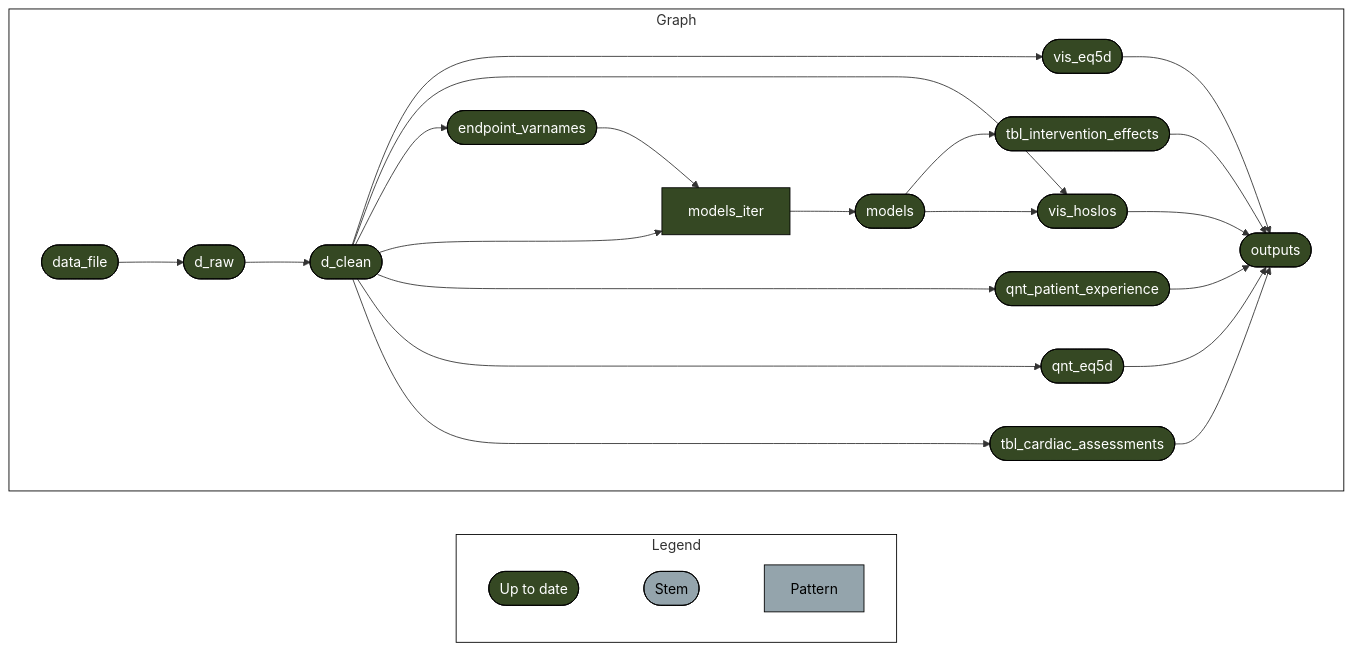
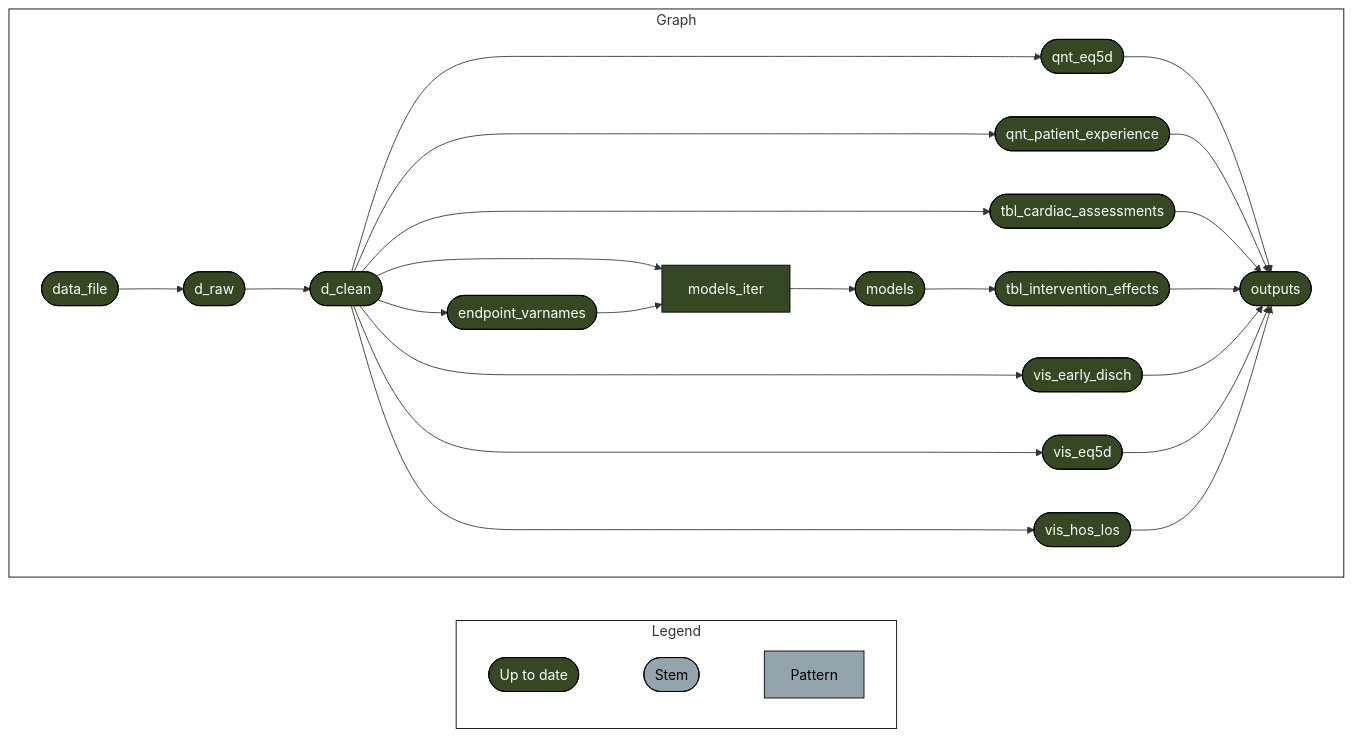
The diagram in README.md (RWParsons/lod-edt), drawn with Mermaid before and after one commit.

````diff
--- a/README.md
+++ b/README.md
@@ -18,36 +18,37 @@
 ``` mermaid
 graph LR
   style Legend fill:#FFFFFF00,stroke:#000000;
   style Graph fill:#FFFFFF00,stroke:#000000;
   subgraph Legend
     direction LR
     xf1522833a4d242c5([""Up to date""]):::uptodate --- xd03d7c7dd2ddda2b([""Stem""]):::none
     xd03d7c7dd2ddda2b([""Stem""]):::none --- x6f7e04ea3427f824[""Pattern""]:::none
   end
   subgraph Graph
     direction LR
+    x13b8365dcba4324c(["d_clean"]):::uptodate --> xba17d3f584ce63ae(["vis_early_disch"]):::uptodate
     x56afa2603fe1d037(["d_raw"]):::uptodate --> x13b8365dcba4324c(["d_clean"]):::uptodate
     x0d01c84c9424364d(["data_file"]):::uptodate --> x56afa2603fe1d037(["d_raw"]):::uptodate
     xaca4bed467a54ff1(["models"]):::uptodate --> x1b37a08095af01ef(["tbl_intervention_effects"]):::uptodate
     x13b8365dcba4324c(["d_clean"]):::uptodate --> xb59898fadcdec69f(["vis_eq5d"]):::uptodate
-    x13b8365dcba4324c(["d_clean"]):::uptodate --> x404e05b222cbda9b(["vis_hoslos"]):::uptodate
-    xaca4bed467a54ff1(["models"]):::uptodate --> x404e05b222cbda9b(["vis_hoslos"]):::uptodate
     x5ba341b1daa1fc45["models_iter"]:::uptodate --> xaca4bed467a54ff1(["models"]):::uptodate
+    x13b8365dcba4324c(["d_clean"]):::uptodate --> xc531443711f0122d(["vis_hos_los"]):::uptodate
     x7eeef084d656455c(["qnt_eq5d"]):::uptodate --> xf2656b6bb75dfabe(["outputs"]):::uptodate
     xd979d4bdf1b06554(["qnt_patient_experience"]):::uptodate --> xf2656b6bb75dfabe(["outputs"]):::uptodate
     xa2439dbf9eab4d88(["tbl_cardiac_assessments"]):::uptodate --> xf2656b6bb75dfabe(["outputs"]):::uptodate
     x1b37a08095af01ef(["tbl_intervention_effects"]):::uptodate --> xf2656b6bb75dfabe(["outputs"]):::uptodate
+    xba17d3f584ce63ae(["vis_early_disch"]):::uptodate --> xf2656b6bb75dfabe(["outputs"]):::uptodate
     xb59898fadcdec69f(["vis_eq5d"]):::uptodate --> xf2656b6bb75dfabe(["outputs"]):::uptodate
-    x404e05b222cbda9b(["vis_hoslos"]):::uptodate --> xf2656b6bb75dfabe(["outputs"]):::uptodate
+    xc531443711f0122d(["vis_hos_los"]):::uptodate --> xf2656b6bb75dfabe(["outputs"]):::uptodate
     x13b8365dcba4324c(["d_clean"]):::uptodate --> x979e976bb4cbf5ad(["endpoint_varnames"]):::uptodate
     x13b8365dcba4324c(["d_clean"]):::uptodate --> x5ba341b1daa1fc45["models_iter"]:::uptodate
     x979e976bb4cbf5ad(["endpoint_varnames"]):::uptodate --> x5ba341b1daa1fc45["models_iter"]:::uptodate
     x13b8365dcba4324c(["d_clean"]):::uptodate --> xd979d4bdf1b06554(["qnt_patient_experience"]):::uptodate
     x13b8365dcba4324c(["d_clean"]):::uptodate --> x7eeef084d656455c(["qnt_eq5d"]):::uptodate
     x13b8365dcba4324c(["d_clean"]):::uptodate --> xa2439dbf9eab4d88(["tbl_cardiac_assessments"]):::uptodate
   end
   classDef uptodate stroke:#000000,color:#ffffff,fill:#354823;
   classDef none stroke:#000000,color:#000000,fill:#94a4ac;
   linkStyle 0 stroke-width:0px;
   linkStyle 1 stroke-width:0px;
 ```
````
